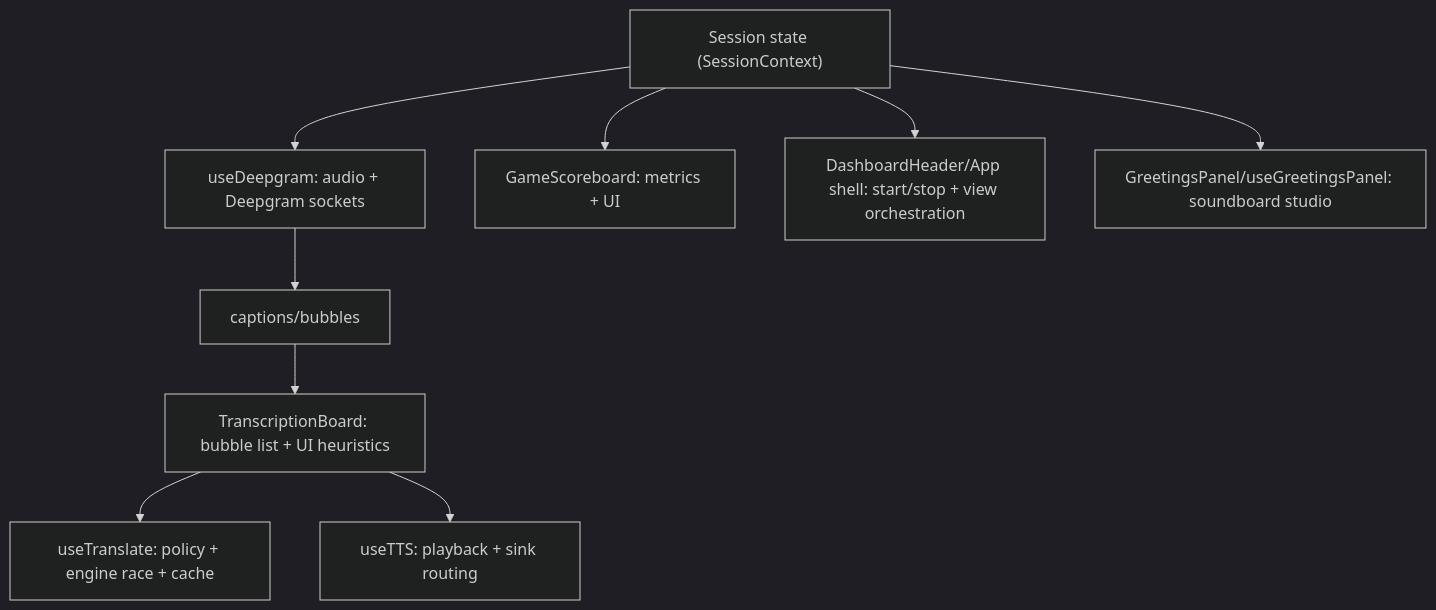
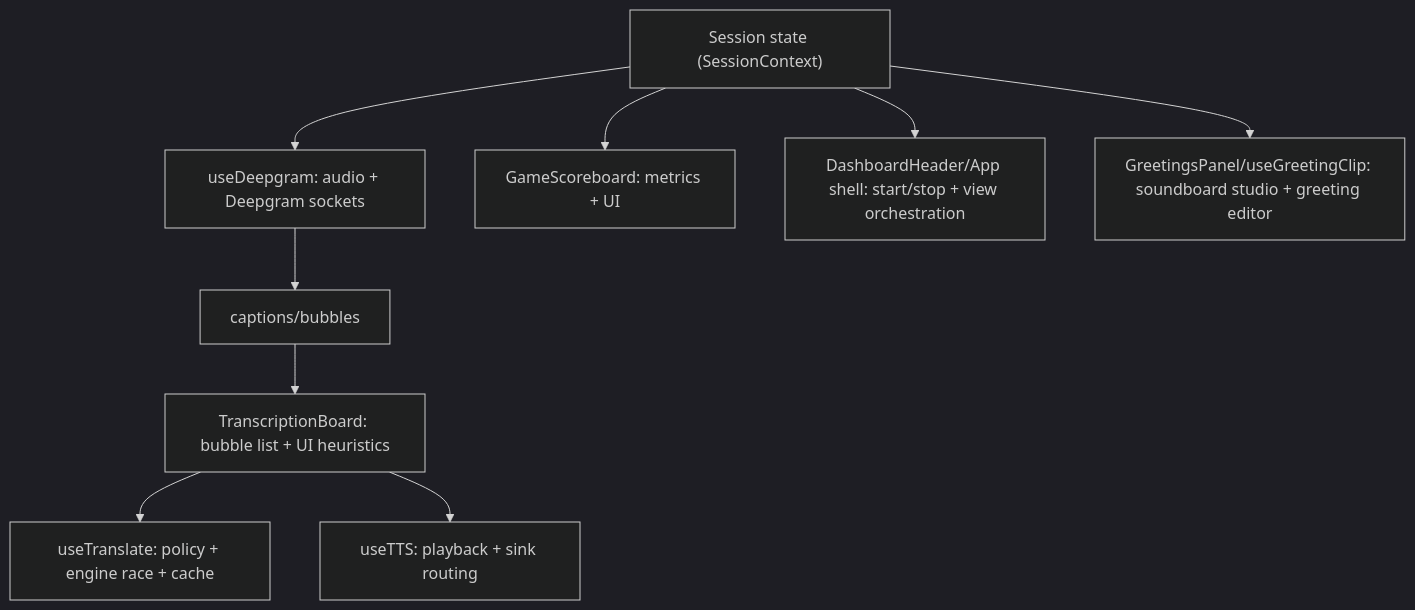
The diagram in docs/architecture/module-map.md (gatrivi/catintassist), drawn with Mermaid (dark theme) before and after one commit. The commit also changed other lines of this file and 1 other file, not shown here.

Commit message:
docs: fix 25 broken relative links to src/ (path depth) + stale useGreetingsPanel ref

````diff
--- a/docs/architecture/module-map.md
+++ b/docs/architecture/module-map.md
@@ -13,11 +13,11 @@
 ```mermaid
 flowchart TD
   SessionState["Session state (SessionContext)"] --> Deepgram["useDeepgram: audio + Deepgram sockets"]
   Deepgram --> Captions["captions/bubbles"]
   Captions --> TranscriptionUI["TranscriptionBoard: bubble list + UI heuristics"]
   TranscriptionUI --> Translation["useTranslate: policy + engine race + cache"]
   TranscriptionUI --> TTS["useTTS: playback + sink routing"]
   SessionState --> Scoreboard["GameScoreboard: metrics + UI"]
   SessionState --> CallControls["DashboardHeader/App shell: start/stop + view orchestration"]
-  SessionState --> Soundboard["GreetingsPanel/useGreetingsPanel: soundboard studio"]
+  SessionState --> Soundboard["GreetingsPanel/useGreetingClip: soundboard studio + greeting editor"]
 ```
````
